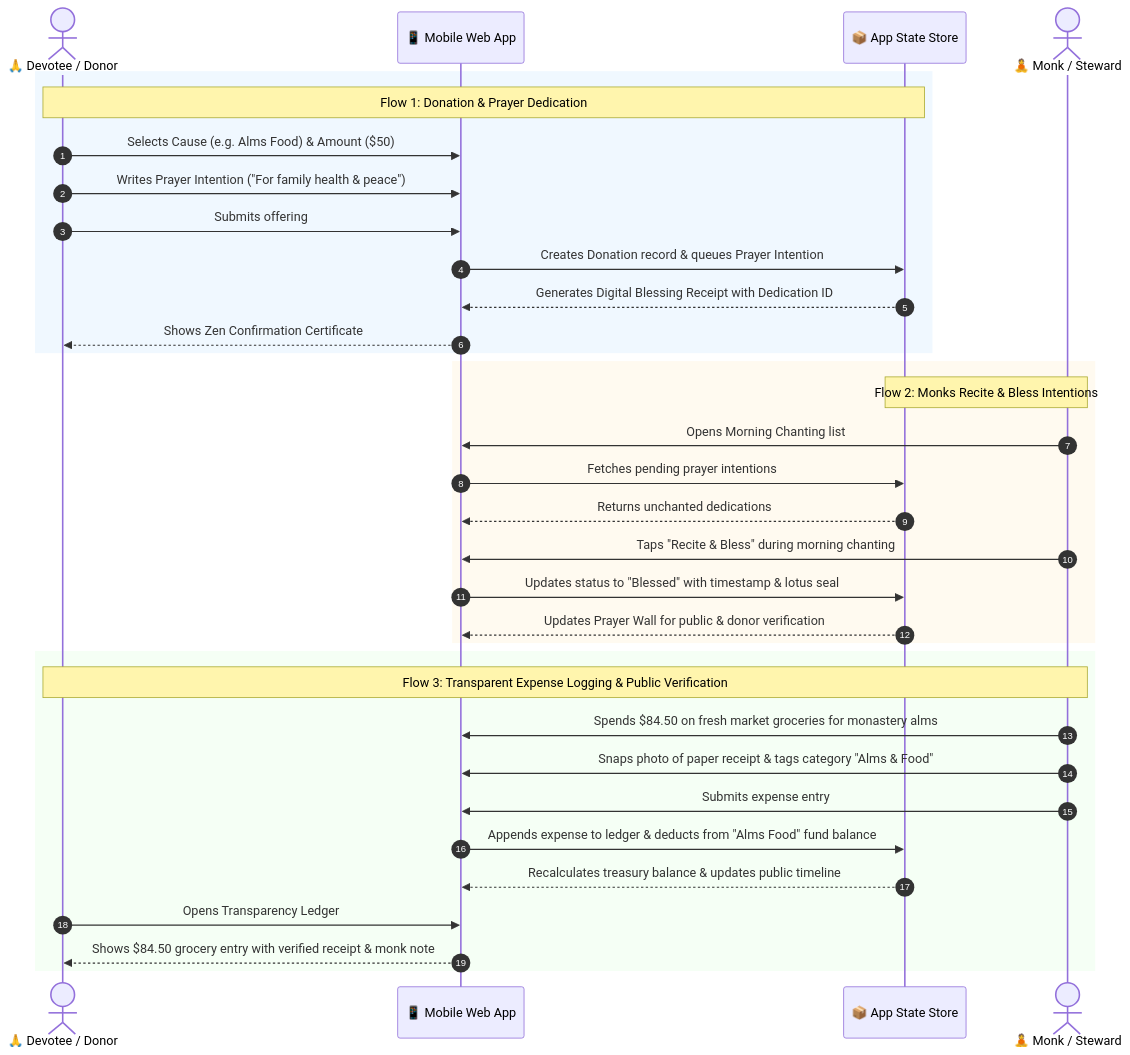
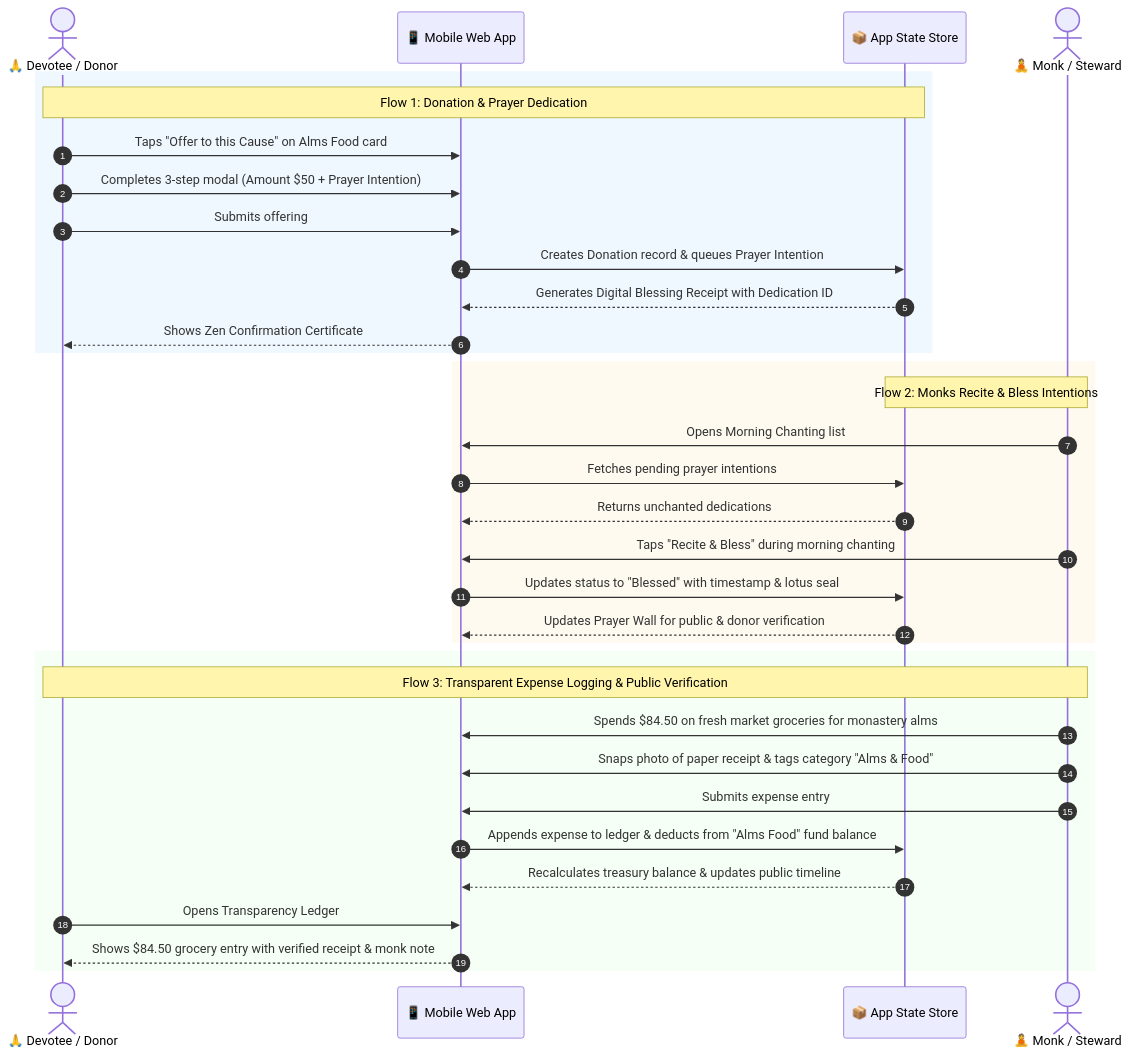
One commit to nghuyenthevinh2000/charity-app changed the second of 5 diagrams in ARCHITECTURE.md. Above: the diagram before and after it, drawn with Mermaid. The commit also changed other lines of this file and 1 other file, not shown here.

Commit message:
docs: streamline navigation to 4 tabs, removing redundant donation tab and using contextual offering modal

````diff
--- a/ARCHITECTURE.md
+++ b/ARCHITECTURE.md
@@ -63,39 +62,39 @@
 ```mermaid
 sequenceDiagram
     autonumber
     actor Devotee as 🙏 Devotee / Donor
     participant App as 📱 Mobile Web App
     participant State as 📦 App State Store
     actor Monk as 🧘 Monk / Steward
 
     rect rgb(240, 248, 255)
         note over Devotee, State: Flow 1: Donation & Prayer Dedication
-        Devotee->>App: Selects Cause (e.g. Alms Food) & Amount ($50)
-        Devotee->>App: Writes Prayer Intention ("For family health & peace")
+        Devotee->>App: Taps "Offer to this Cause" on Alms Food card
+        Devotee->>App: Completes 3-step modal (Amount $50 + Prayer Intention)
         Devotee->>App: Submits offering
         App->>State: Creates Donation record & queues Prayer Intention
         State-->>App: Generates Digital Blessing Receipt with Dedication ID
         App-->>Devotee: Shows Zen Confirmation Certificate
     end
 
     rect rgb(255, 250, 240)
         note over Monk, State: Flow 2: Monks Recite & Bless Intentions
         Monk->>App: Opens Morning Chanting list
         App->>State: Fetches pending prayer intentions
         State-->>App: Returns unchanted dedications
         Monk->>App: Taps "Recite & Bless" during morning chanting
         App->>State: Updates status to "Blessed" with timestamp & lotus seal
         State-->>App: Updates Prayer Wall for public & donor verification
     end
 
     rect rgb(245, 255, 245)
         note over Monk, Devotee: Flow 3: Transparent Expense Logging & Public Verification
         Monk->>App: Spends $84.50 on fresh market groceries for monastery alms
         Monk->>App: Snaps photo of paper receipt & tags category "Alms & Food"
         Monk->>App: Submits expense entry
         App->>State: Appends expense to ledger & deducts from "Alms Food" fund balance
         State-->>App: Recalculates treasury balance & updates public timeline
         Devotee->>App: Opens Transparency Ledger
         App-->>Devotee: Shows $84.50 grocery entry with verified receipt & monk note
     end
 ```
````
